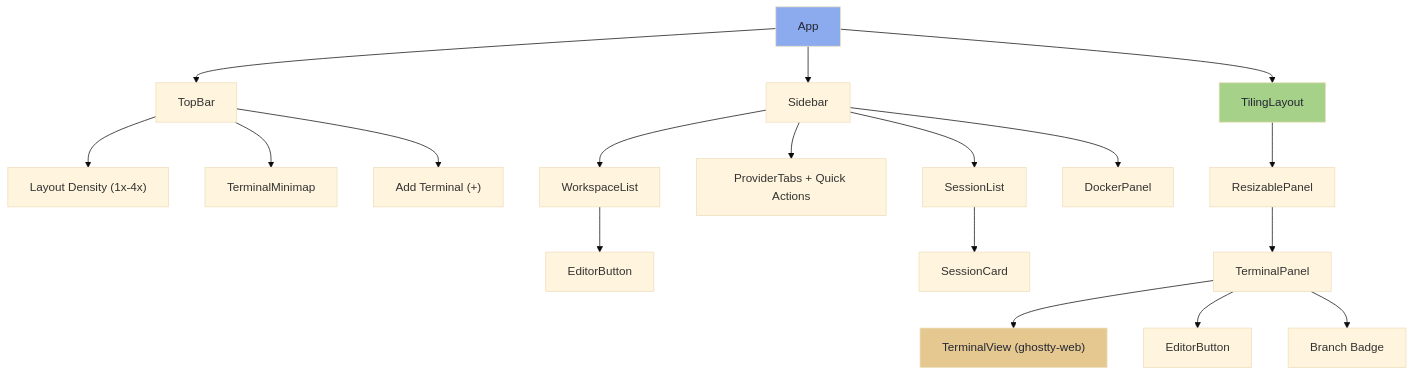
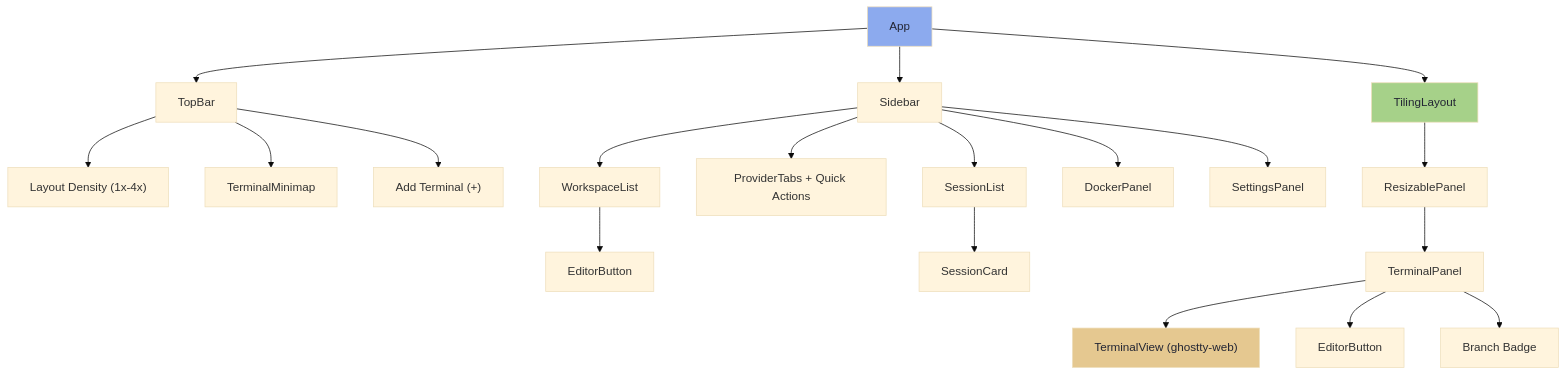
One commit to wilky-way/bord changed the second of 6 diagrams in README.md. Above: the diagram before and after it, drawn with Mermaid (base theme). The commit also changed other lines of this file and 23 other files, not shown here.

First line of the commit message:
feat: add theme system with 15 curated themes and settings panel

````diff
--- a/README.md
+++ b/README.md
@@ -207,28 +238,29 @@
 ```mermaid
 graph TD
     App --> TopBar
     App --> Sidebar
     App --> TilingLayout
 
     TopBar --> LayoutDensityButtons["Layout Density (1x-4x)"]
     TopBar --> TerminalMinimap
     TopBar --> AddTerminalButton["Add Terminal (+)"]
 
     Sidebar --> WorkspaceList
     Sidebar --> ProviderTabs["ProviderTabs + Quick Actions"]
     Sidebar --> SessionList
     Sidebar --> DockerPanel
+    Sidebar --> SettingsPanel
     SessionList --> SessionCard
 
     TilingLayout --> ResizablePanel
     ResizablePanel --> TerminalPanel
     TerminalPanel --> TerminalView["TerminalView (ghostty-web)"]
     TerminalPanel --> EditorButton
     TerminalPanel --> GitBadge["Branch Badge"]
 
     WorkspaceList --> EditorButton2["EditorButton"]
 
     style App fill:#8caaee,color:#232634
     style TilingLayout fill:#a6d189,color:#232634
     style TerminalView fill:#e5c890,color:#232634
 ```
````
